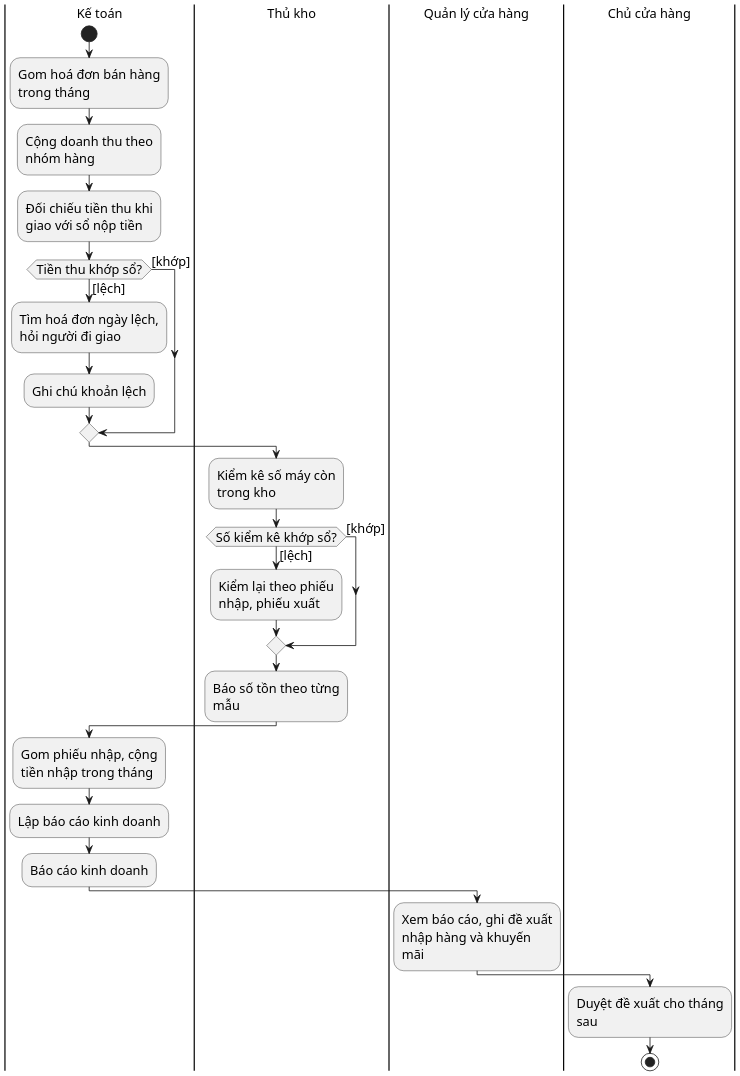
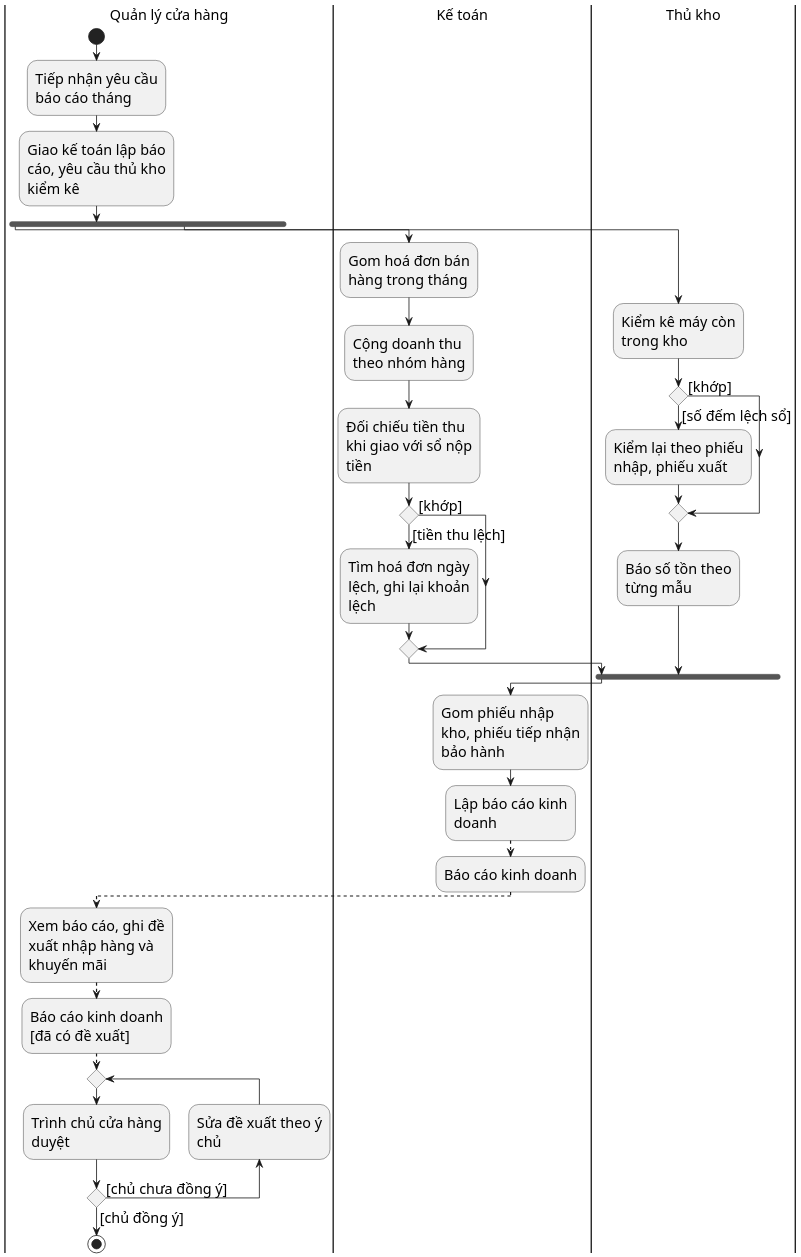
One commit to kietpham2309pt-debug/da_pttkhttt changed the diagram in phan-tich/chung/so-do/hd-qt01-bao-cao.puml. Above: the diagram before and after it, drawn with PlantUML. The commit also changed 19 other files, not shown here.

```diff
--- a/phan-tich/chung/so-do/hd-qt01-bao-cao.puml
+++ b/phan-tich/chung/so-do/hd-qt01-bao-cao.puml
@@ -1,35 +1,48 @@
 @startuml hd-qt01-bao-cao
 skinparam defaultFontName "Times New Roman"
-skinparam defaultFontSize 16
+skinparam defaultFontSize 18
 skinparam monochrome true
 skinparam shadowing false
 skinparam dpi 170
-skinparam wrapWidth 190
+skinparam wrapWidth 175
 
+|Quản lý cửa hàng|
+start
+:Tiếp nhận yêu cầu báo cáo tháng;
+:Giao kế toán lập báo cáo, yêu cầu thủ kho kiểm kê;
+fork
+  |Kế toán|
+  :Gom hoá đơn bán hàng trong tháng;
+  :Cộng doanh thu theo nhóm hàng;
+  :Đối chiếu tiền thu khi giao với sổ nộp tiền;
+  if () then ([tiền thu lệch])
+    :Tìm hoá đơn ngày lệch, ghi lại khoản lệch;
+  else ([khớp])
+  endif
+fork again
+  |Thủ kho|
+  :Kiểm kê máy còn trong kho;
+  if () then ([số đếm lệch sổ])
+    :Kiểm lại theo phiếu nhập, phiếu xuất;
+  else ([khớp])
+  endif
+  :Báo số tồn theo từng mẫu;
+end fork
 |Kế toán|
-start
-:Gom hoá đơn bán hàng trong tháng;
-:Cộng doanh thu theo nhóm hàng;
-:Đối chiếu tiền thu khi giao với sổ nộp tiền;
-if (Tiền thu khớp sổ?) then ([khớp])
-else ([lệch])
-  :Tìm hoá đơn ngày lệch, hỏi người đi giao;
-  :Ghi chú khoản lệch;
-endif
-|Thủ kho|
-:Kiểm kê số máy còn trong kho;
-if (Số kiểm kê khớp sổ?) then ([khớp])
-else ([lệch])
-  :Kiểm lại theo phiếu nhập, phiếu xuất;
-endif
-:Báo số tồn theo từng mẫu;
-|Kế toán|
-:Gom phiếu nhập, cộng tiền nhập trong tháng;
+:Gom phiếu nhập kho, phiếu tiếp nhận bảo hành;
 :Lập báo cáo kinh doanh;
+-[dashed]->
 :Báo cáo kinh doanh; <<object>>
+-[dashed]->
 |Quản lý cửa hàng|
 :Xem báo cáo, ghi đề xuất nhập hàng và khuyến mãi;
-|Chủ cửa hàng|
-:Duyệt đề xuất cho tháng sau;
+-[dashed]->
+:Báo cáo kinh doanh
+[đã có đề xuất]; <<object>>
+-[dashed]->
+repeat
+  :Trình chủ cửa hàng duyệt;
+  backward :Sửa đề xuất theo ý chủ;
+repeat while () is ([chủ chưa đồng ý]) not ([chủ đồng ý])
 stop
 @enduml
```
